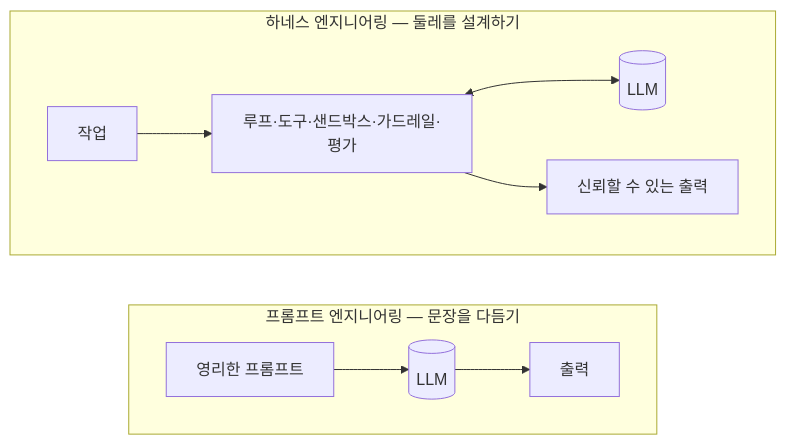
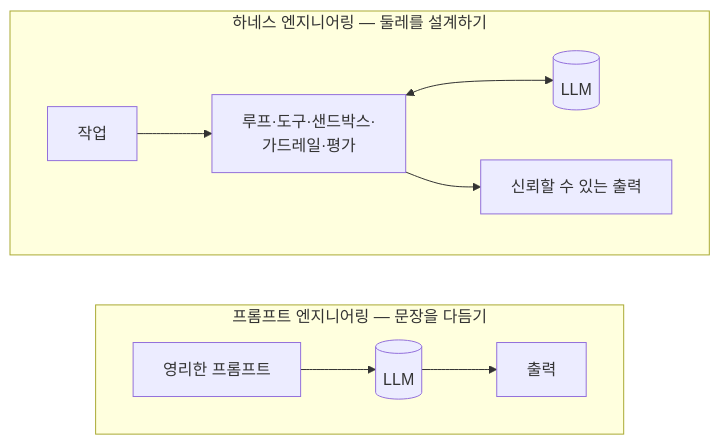
Before and after one commit to CodeCompose7/awesome-ai-stack: the second of 2 diagrams in src/content/concepts/ko/harness-engineering.mdx, drawn with Mermaid. The commit also changed 1 other file, not shown here.

Commit message:
style(ui): softer teal-shifted harness zone; break the KO compare label
Give the Mermaid cluster a dedicated --aas-diagram-zone colour (accent
nudged toward teal) at a lighter 13% fill, so the harness region reads
as a distinct, less-heavy hue from the indigo nodes. Add an explicit
<br/> in the KO 'loop·tools·sandbox·guardrails·eval' label so it breaks
cleanly instead of mid-word.

````diff
--- a/src/content/concepts/ko/harness-engineering.mdx
+++ b/src/content/concepts/ko/harness-engineering.mdx
@@ -56,13 +56,13 @@
 ```mermaid
 flowchart LR
   subgraph pe ["프롬프트 엔지니어링 — 문장을 다듬기"]
     direction LR
     a1["영리한 프롬프트"] --> a2[("LLM")] --> a3["출력"]
   end
   subgraph he ["하네스 엔지니어링 — 둘레를 설계하기"]
     direction LR
-    b1["작업"] --> b2["루프·도구·샌드박스·가드레일·평가"]
+    b1["작업"] --> b2["루프·도구·샌드박스·<br/>가드레일·평가"]
     b2 <--> b3[("LLM")]
     b2 --> b4["신뢰할 수 있는 출력"]
   end
 ```
````
